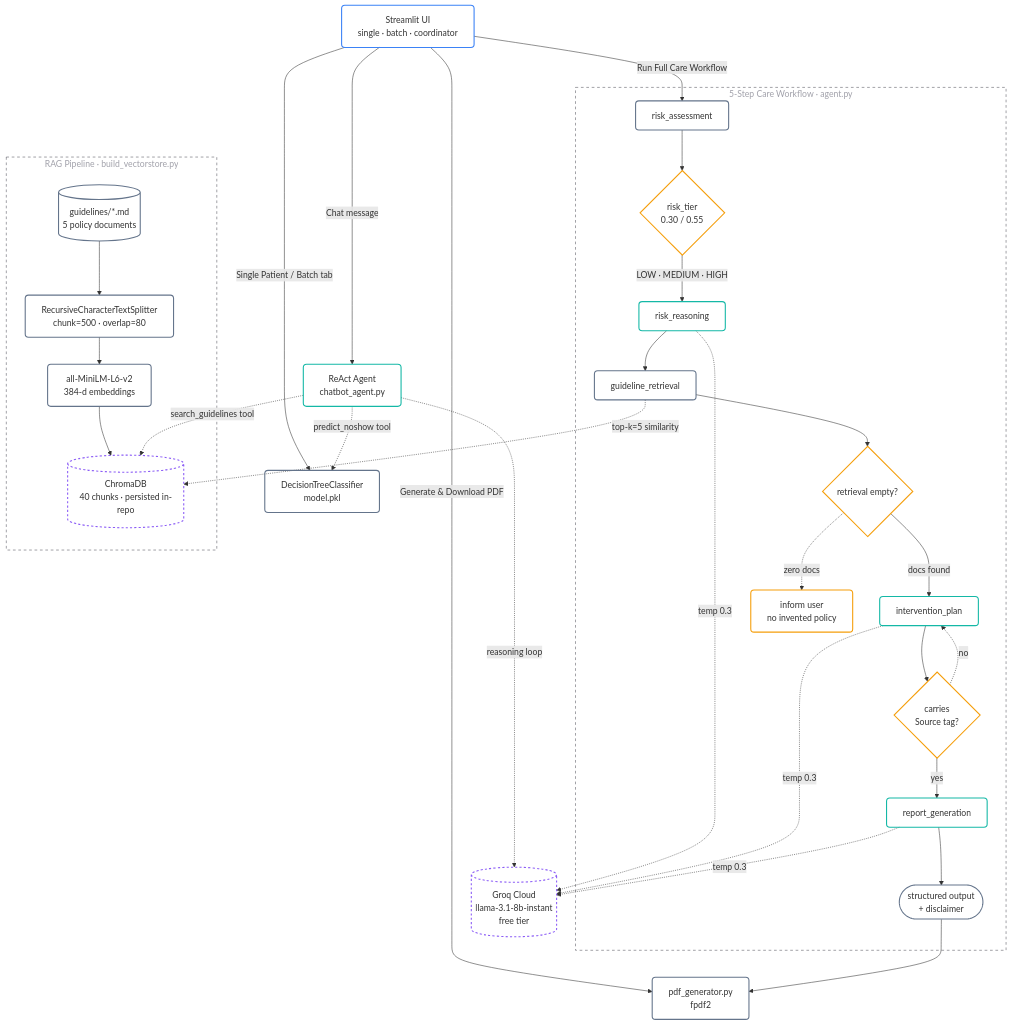
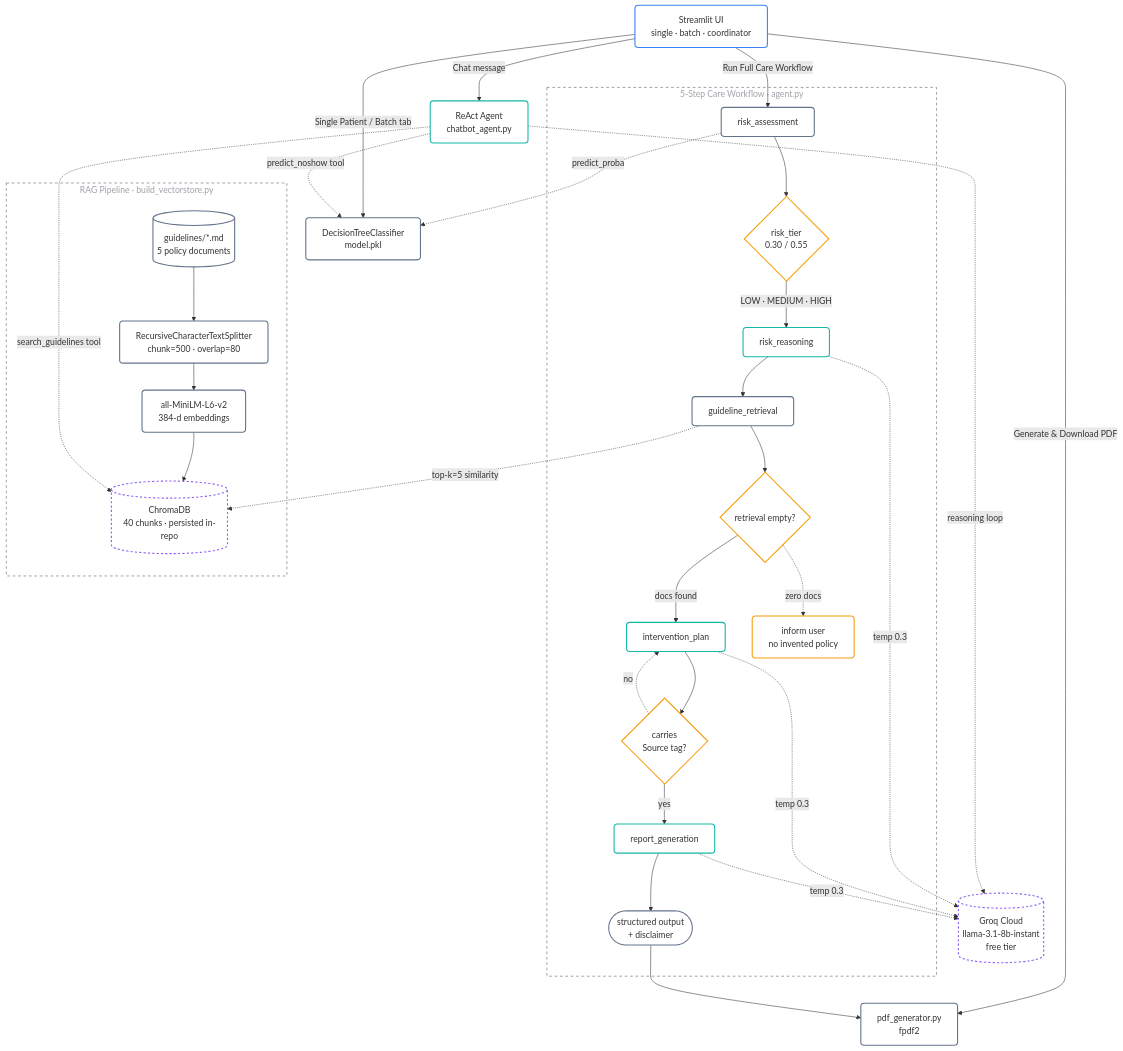
Before and after one commit to Ansh1816/gen_ai_capstone_4: the diagram in README.md, drawn with Mermaid. The commit also changed 4 other files, not shown here.

````diff
--- a/README.md
+++ b/README.md
@@ -34,74 +34,75 @@
 ```mermaid
 flowchart TD
     %% Native GitHub theme adaptation
     classDef default fill:transparent,stroke:#52525B,stroke-width:1px,rx:6px,ry:6px;
     classDef ui fill:transparent,stroke:#3b82f6,stroke-width:2px,rx:6px,ry:6px;
     classDef ext fill:transparent,stroke:#8b5cf6,stroke-width:2px,stroke-dasharray: 4 4,rx:6px,ry:6px;
     classDef agent fill:transparent,stroke:#14b8a6,stroke-width:2px,rx:6px,ry:6px;
     classDef util fill:transparent,stroke:#64748b,stroke-width:2px,rx:6px,ry:6px;
     classDef gate fill:transparent,stroke:#f59e0b,stroke-width:2px,rx:6px,ry:6px;
 
     %% UI routing
     UI[Streamlit UI<br/>single · batch · coordinator]:::ui -->|Single Patient / Batch tab| ML[DecisionTreeClassifier<br/>model.pkl]:::util
     UI -->|Run Full Care Workflow| RA
     UI -->|Chat message| REACT[ReAct Agent<br/>chatbot_agent.py]:::agent
     UI -->|Generate & Download PDF| PDF
 
     %% 5-Step LangGraph Workflow pod
     subgraph Workflow [5-Step Care Workflow · agent.py]
         RA[risk_assessment]:::util --> TIER{risk_tier<br/>0.30 / 0.55}:::gate
         TIER -->|LOW · MEDIUM · HIGH| RR[risk_reasoning]:::agent
         RR --> GR[guideline_retrieval]:::util
         GR --> HALL{retrieval empty?}:::gate
         HALL -->|docs found| IP[intervention_plan]:::agent
         HALL -.->|zero docs| REFUSE[inform user<br/>no invented policy]:::gate
         IP --> CIT{carries<br/>Source tag?}:::gate
         CIT -->|yes| RG[report_generation]:::agent
         CIT -.->|no| IP
         RG --> FIN([structured output<br/>+ disclaimer]):::util
     end
     style Workflow fill:none,stroke:#52525B,stroke-width:1px,stroke-dasharray:5 5,color:#A1A1AA
 
     %% RAG Pipeline pod (offline + runtime)
     subgraph RAG [RAG Pipeline · build_vectorstore.py]
         DOCS[(guidelines/*.md<br/>5 policy documents)]:::util --> CHUNK[RecursiveCharacterTextSplitter<br/>chunk=500 · overlap=80]:::util
         CHUNK --> EMBED[all-MiniLM-L6-v2<br/>384-d embeddings]:::util
         EMBED --> CHROMA[(ChromaDB<br/>40 chunks · persisted in-repo)]:::ext
     end
     style RAG fill:none,stroke:#52525B,stroke-width:1px,stroke-dasharray:5 5,color:#A1A1AA
 
-    %% Cross-pod retrieval
+    %% Cross-pod retrieval and ML calls
+    RA -.->|predict_proba| ML
     GR -.->|top-k=5 similarity| CHROMA
     REACT -.->|search_guidelines tool| CHROMA
     REACT -.->|predict_noshow tool| ML
 
     %% LLM backend
     GROQ[(Groq Cloud<br/>llama-3.1-8b-instant<br/>free tier)]:::ext
     RR -.->|temp 0.3| GROQ
     IP -.->|temp 0.3| GROQ
     RG -.->|temp 0.3| GROQ
     REACT -.->|reasoning loop| GROQ
 
     %% Output
     FIN --> PDF[pdf_generator.py<br/>fpdf2]:::util
 
     %% Interactivity — click nodes to jump into the repo
     click UI "./app.py" "Streamlit UI entry point"
     click ML "./model_brain.py" "DecisionTreeClassifier training + inference"
     click RA "./agent.py" "Node 1 — feature build + predict_proba"
     click TIER "./agent.py" "Thresholds 0.30 and 0.55 set the tier"
     click RR "./agent.py" "Node 2 — LLM risk-factor analysis"
     click GR "./agent.py" "Node 3 — top-5 chunks from Chroma"
     click HALL "./chatbot_agent.py" "Empty-retrieval fallback string"
     click IP "./agent.py" "Node 4 — grounded intervention plan"
     click CIT "./chatbot_agent.py" "Citation guardrail — every claim tagged"
     click RG "./agent.py" "Node 5 — final structured report + disclaimer"
     click REFUSE "./chatbot_agent.py" "System prompt blocks invented policies"
     click REACT "./chatbot_agent.py" "ReAct agent with predict_noshow + search_guidelines"
     click DOCS "./guidelines/" "5 hospital-operations markdown files"
     click CHUNK "./build_vectorstore.py" "Markdown-aware splitter"
     click EMBED "./build_vectorstore.py" "HuggingFace sentence-transformers on CPU"
     click CHROMA "./chroma_db/" "Committed so the hosted app ships populated"
     click PDF "./pdf_generator.py" "Downloadable audit report"
     click GROQ "https://groq.com" "Free-tier Llama 3.1 8B inference"
 ```
````
